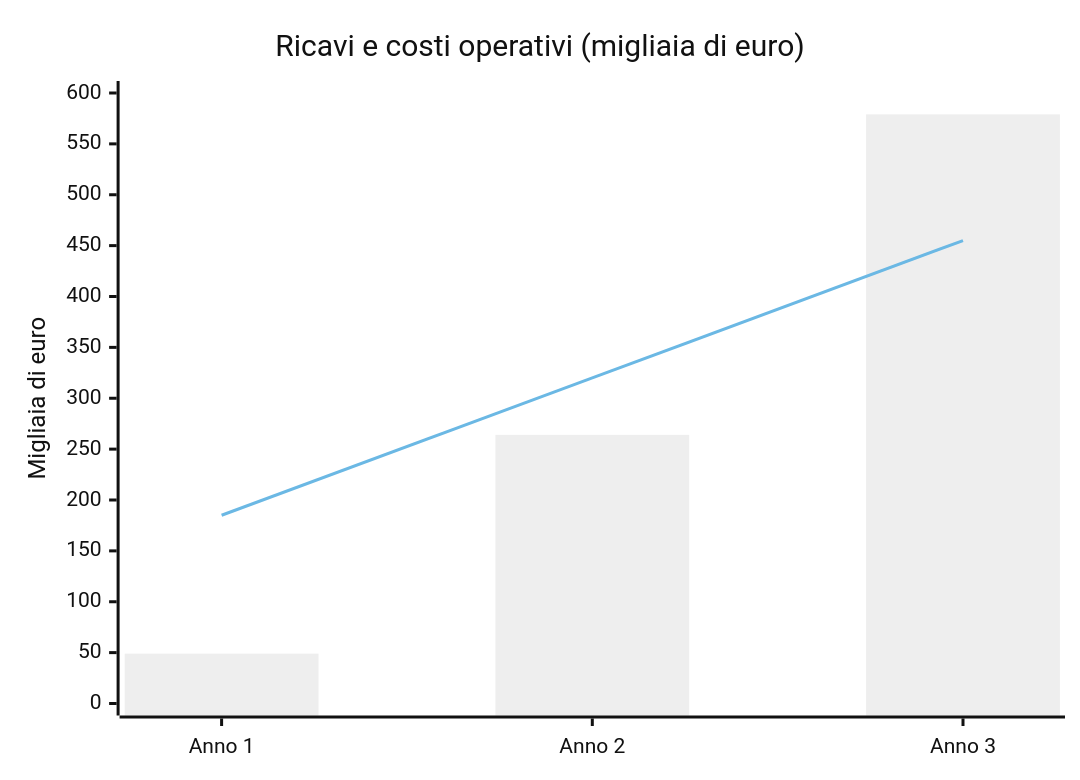
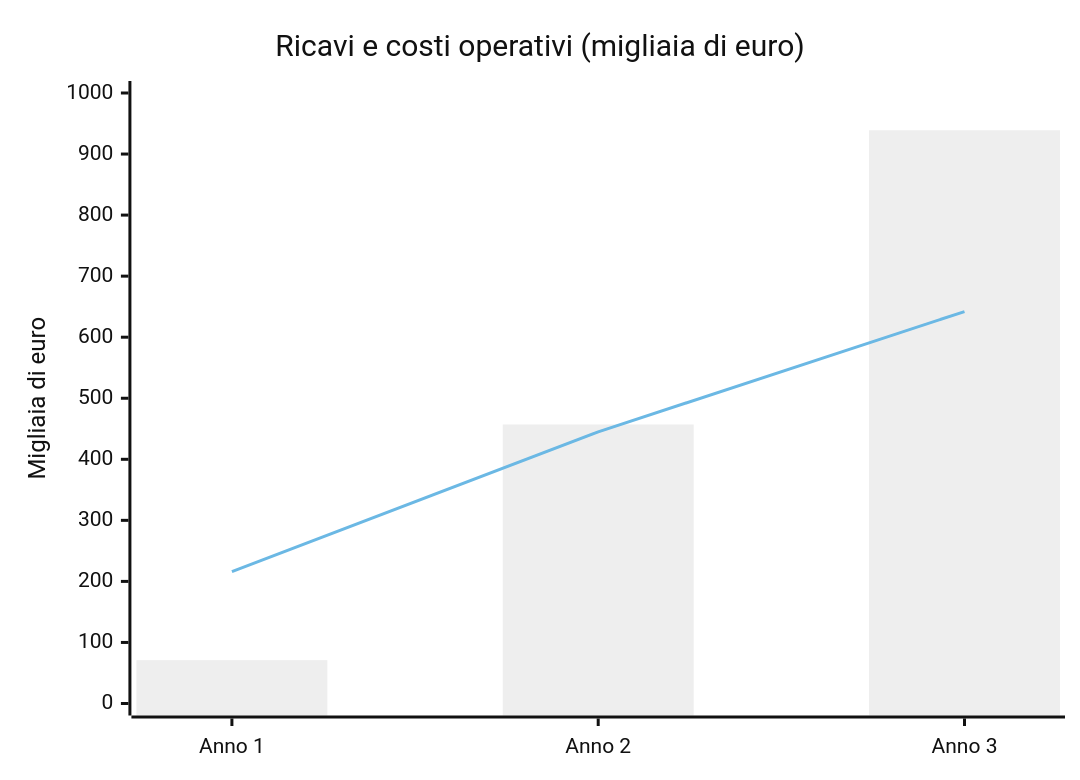
Before and after one commit to Malaka-Gonawala/Business_PLan_GPOI: the third of 3 diagrams in RELAZIONE_BUSINESS_PLAN.md, drawn with Mermaid (neutral theme). The commit also changed other lines of this file and 1 other file, not shown here.

````diff
--- a/RELAZIONE_BUSINESS_PLAN.md
+++ b/RELAZIONE_BUSINESS_PLAN.md
@@ -320,8 +338,8 @@
 ```mermaid
 xychart-beta
     title "Ricavi e costi operativi (migliaia di euro)"
     x-axis ["Anno 1", "Anno 2", "Anno 3"]
-    y-axis "Migliaia di euro" 0 --> 600
-    bar [49, 264, 579]
-    line [185, 320, 455]
+    y-axis "Migliaia di euro" 0 --> 1000
+    bar [71, 457, 939]
+    line [216, 445, 642]
 ```
````
